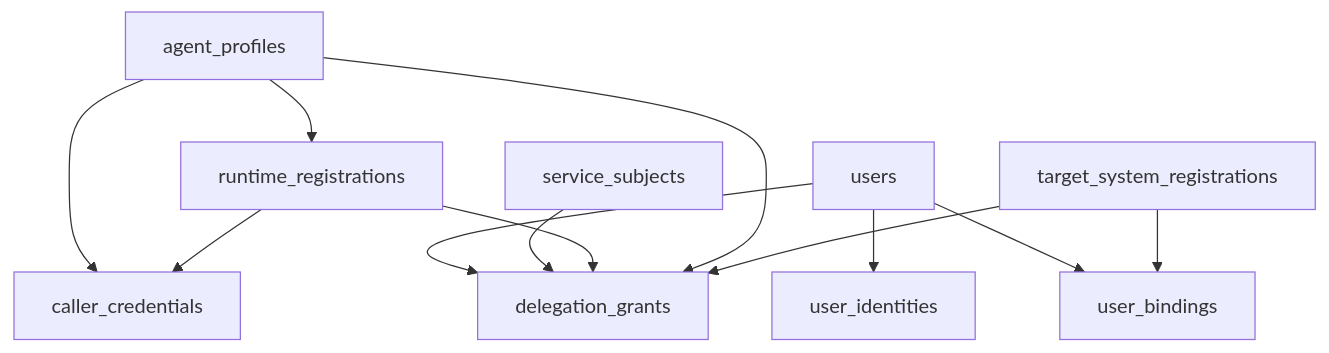
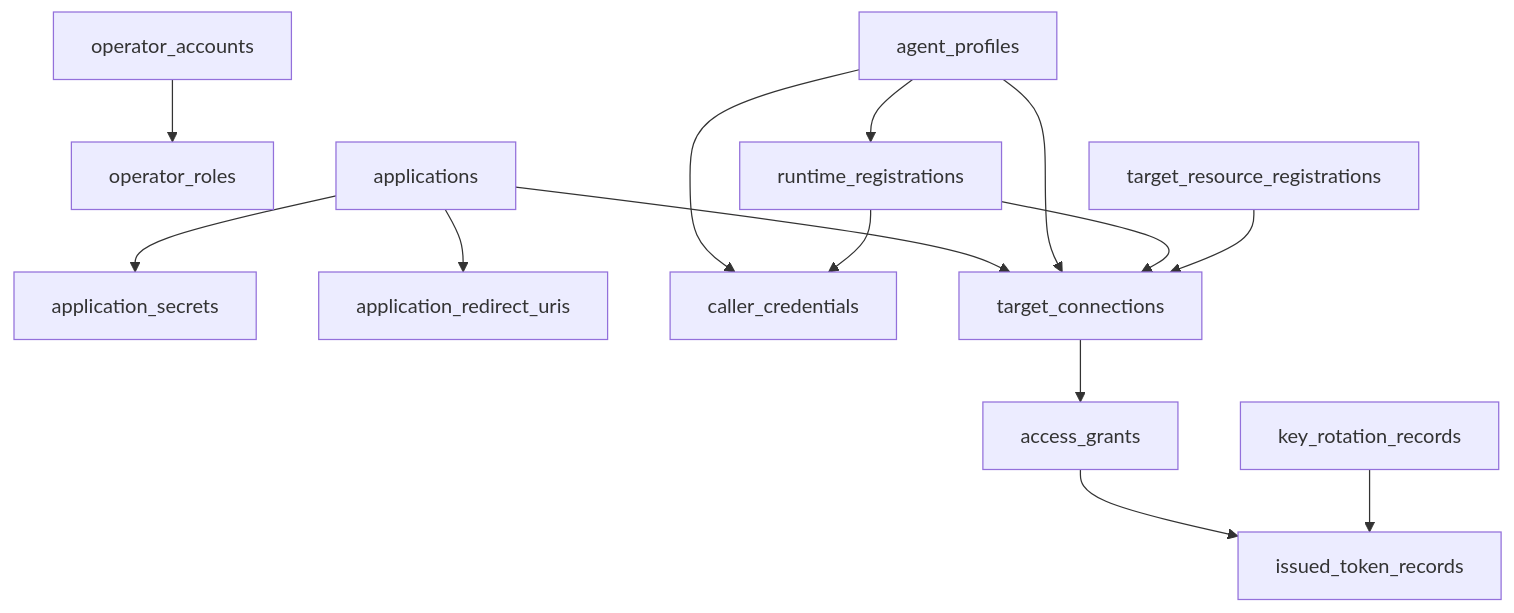
One commit to renxqoo/Authany changed the diagram in specs/10-DATA-MODEL.md. Above: the diagram before and after it, drawn with Mermaid. The commit also changed other lines of this file and 310 other files, not shown here.

Commit message:
feat: harden security flows and reorganize example apps

````diff
--- a/specs/10-DATA-MODEL.md
+++ b/specs/10-DATA-MODEL.md
@@ -369,14 +121,16 @@
 ```mermaid
 flowchart TD
-    USER["users"] --> UID["user_identities"]
-    USER --> BIND["user_bindings"]
-    USER --> GRANT["delegation_grants"]
-    SERVICE["service_subjects"] --> GRANT
-    AGENT["agent_profiles"] --> CRED["caller_credentials"]
-    AGENT --> RUNTIME["runtime_registrations"]
-    RUNTIME --> CRED
-    RUNTIME --> GRANT
-    AGENT --> GRANT
-    TARGET["target_system_registrations"] --> BIND
-    TARGET --> GRANT
+    OP["operator_accounts"] --> ROLE["operator_roles"]
+    APP["applications"] --> APPSEC["application_secrets"]
+    APP --> REDIRECT["application_redirect_uris"]
+    AG["agent_profiles"] --> RT["runtime_registrations"]
+    AG --> CRED["caller_credentials"]
+    RT --> CRED
+    APP --> CONN["target_connections"]
+    AG --> CONN
+    RT --> CONN
+    TS["target_resource_registrations"] --> CONN
+    CONN --> GRANT["access_grants"]
+    GRANT --> TOKEN["issued_token_records"]
+    KEY["key_rotation_records"] --> TOKEN
 ```
````
